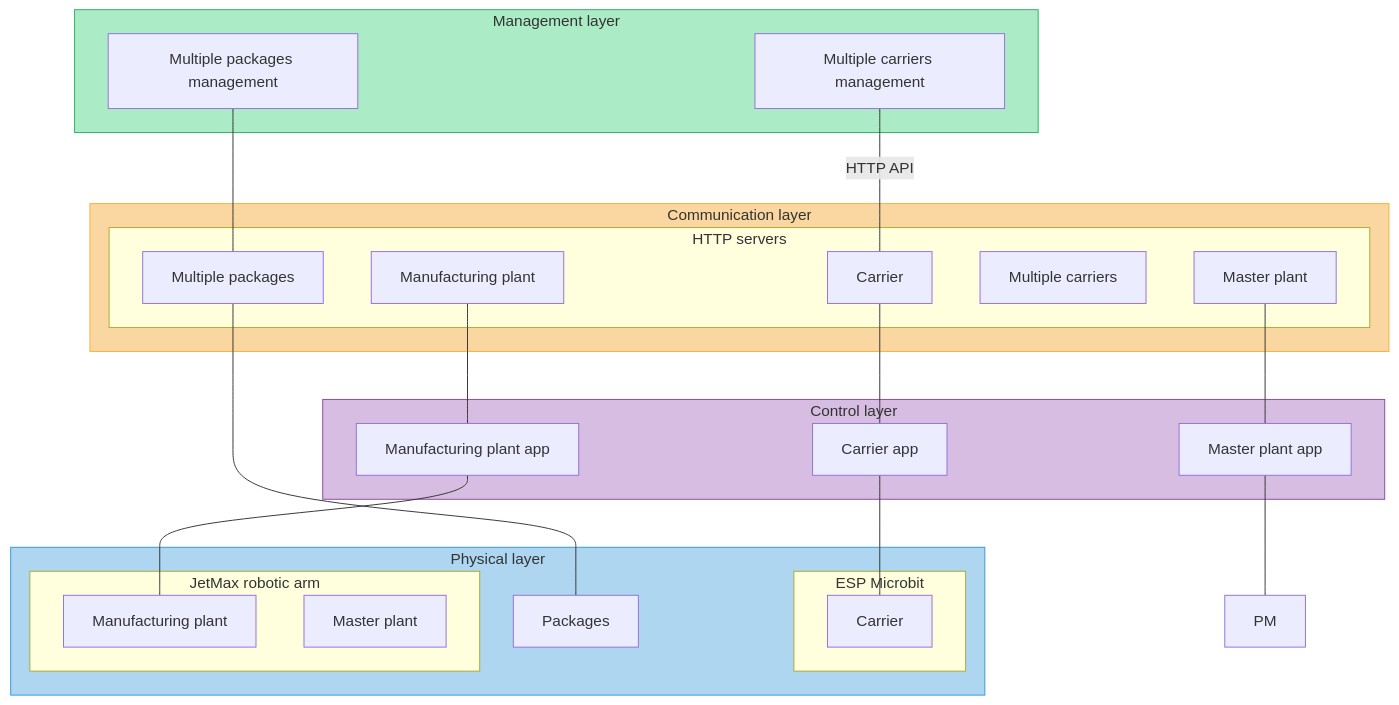
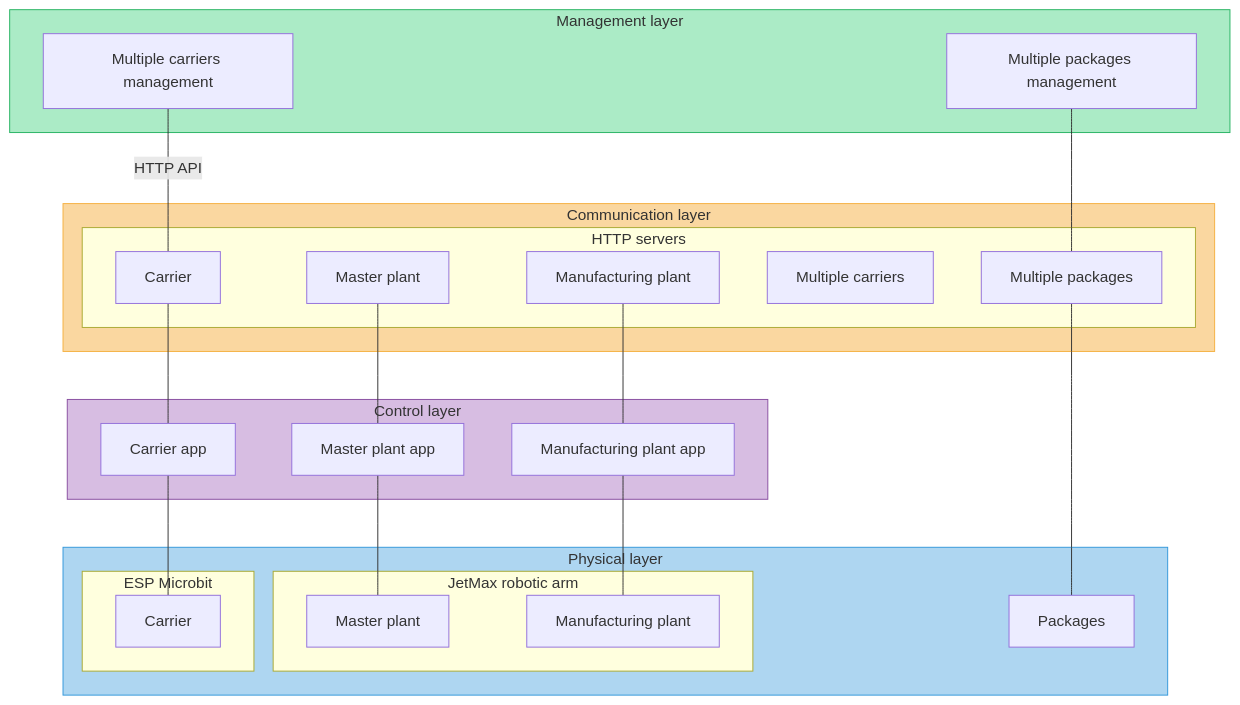
One commit to fsprojekti/shr-mfg-platform changed the first of 2 diagrams in README.md. Above: the diagram before and after it, drawn with Mermaid.

````diff
--- a/README.md
+++ b/README.md
@@ -12,53 +12,53 @@
 ```mermaid
 graph TD
 
 subgraph ML[Management layer]
     MCM[Multiple carriers management ]
     MPM[Multiple packages management]
 end
 subgraph CL[Communication layer]
     subgraph CL1[HTTP servers]
     CC[Carrier]
     CM[Master plant]
     CMFG[Manufacturing plant]
     CMC[Multiple carriers]
     CMP[Multiple packages]
 
 
     end
     
 end
 subgraph AL[Control layer]
     CTM[Master plant app]
     CTC[Carrier app]
     CTMFG[Manufacturing plant app]
    
 end
 subgraph PL[Physical layer]
     subgraph PL1[ESP Microbit]
     PC[Carrier]
     end
    
     subgraph PL2[JetMax robotic arm]
         PMFG[Manufacturing plant]
-        PO[Master plant]
+        PM[Master plant]
     end
     P[Packages]
 end
 
 CMFG---CTMFG---PMFG
 CM---CTM---PM
 
 MPM---CMP---P
 
 MCM---|HTTP API|CC---CTC---PC
 
 
 
 style CL fill:#FAD7A0, stroke:#F5B041
 style PL fill:#AED6F1, stroke:#3498DB
 style ML fill:#ABEBC6, stroke:#28B463
 style AL fill:#D7BDE2, stroke:#884EA0
 
 
 ```
````
